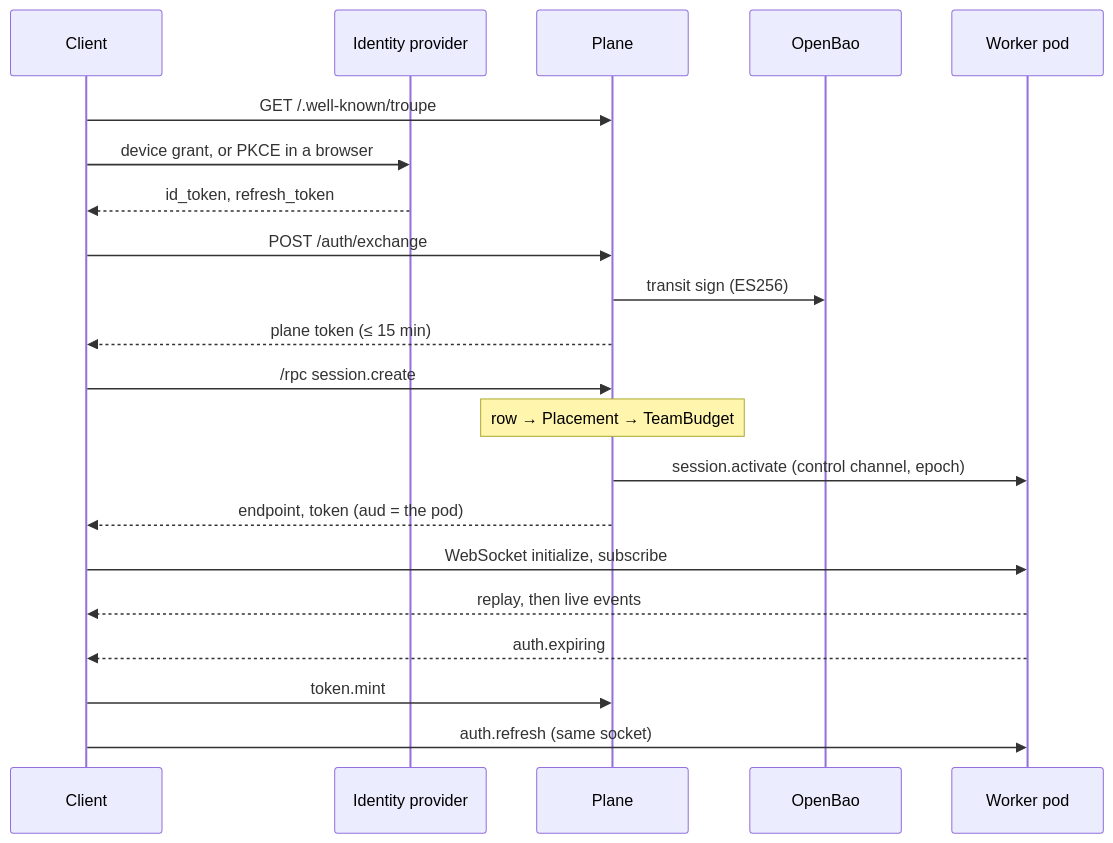
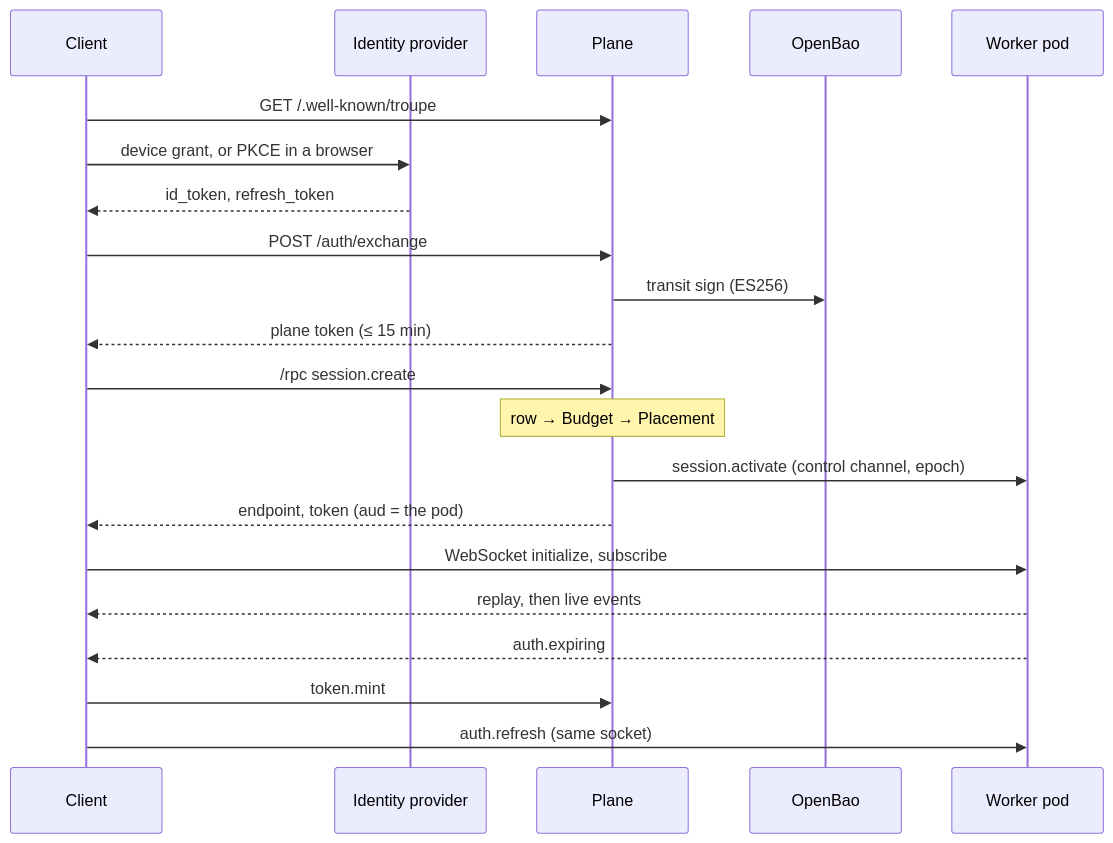
The fourth of 4 diagrams in ARCHITECTURE.md (it-minds/troupe), drawn with Mermaid before and after one commit. The commit also changed other lines of this file and 48 other files, not shown here.

````diff
--- a/ARCHITECTURE.md
+++ b/ARCHITECTURE.md
@@ -313,23 +320,23 @@
 ```mermaid
 sequenceDiagram
   participant C as Client
   participant IdP as Identity provider
   participant P as Plane
   participant B as OpenBao
   participant W as Worker pod
   C->>P: GET /.well-known/troupe
   C->>IdP: device grant, or PKCE in a browser
   IdP-->>C: id_token, refresh_token
   C->>P: POST /auth/exchange
   P->>B: transit sign (ES256)
   P-->>C: plane token (≤ 15 min)
   C->>P: /rpc session.create
-  Note over P: row → Placement → TeamBudget
+  Note over P: row → Budget → Placement
   P->>W: session.activate (control channel, epoch)
   P-->>C: endpoint, token (aud = the pod)
   C->>W: WebSocket initialize, subscribe
   W-->>C: replay, then live events
   W-->>C: auth.expiring
   C->>P: token.mint
   C->>W: auth.refresh (same socket)
 ```
````
